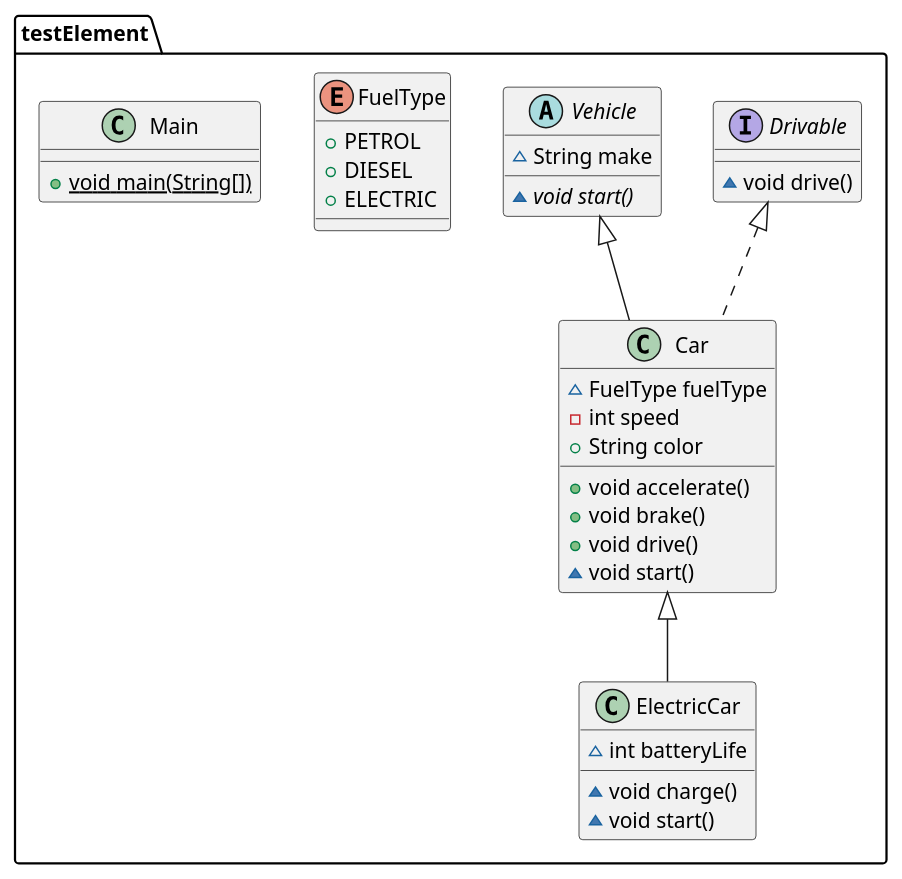
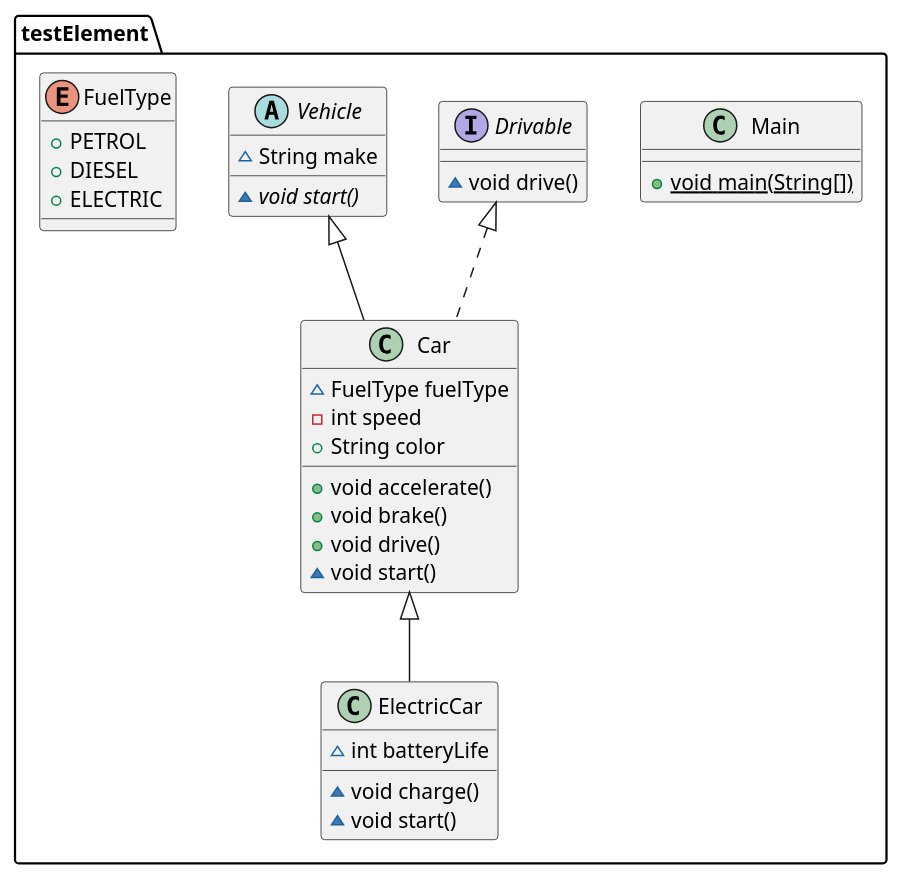
The diagram in testElementUML.puml (yuliauvarova/Architecture_course), drawn with PlantUML before and after one commit. The commit also changed 18 other files, not shown here.

```diff
--- a/testElementUML.puml
+++ b/testElementUML.puml
@@ -1,36 +1,51 @@
 @startuml
-class testElement.Car {
-~ FuelType fuelType
-- int speed
-+ String color
-+ void accelerate()
-+ void brake()
-+ void drive()
-~ void start()
-}
-interface testElement.Drivable {
-~ void drive()
-}
-abstract class testElement.Vehicle {
-~ String make
-~ {abstract}void start()
-}
-enum testElement.FuelType {
-+  PETROL
-+  DIESEL
-+  ELECTRIC
-}
-class testElement.ElectricCar {
-~ int batteryLife
-~ void charge()
-~ void start()
-}
+' Основной класс с методом main
 class testElement.Main {
-+ {static} void main(String[])
+    + {static} void main(String[])
 }
 
+' Интерфейс Drivable с методом drive
+interface testElement.Drivable {
+    ~ void drive()
+}
 
+' Абстрактный класс Vehicle с атрибутом make и абстрактным методом start
+abstract class testElement.Vehicle {
+    ~ String make
+    ~ {abstract} void start()
+}
+
+' Перечисление FuelType с различными видами топлива
+enum testElement.FuelType {
+    +  PETROL
+    +  DIESEL
+    +  ELECTRIC
+}
+
+' Класс ElectricCar с атрибутами и методами, относящимися к электрокарам
+class testElement.ElectricCar {
+    ~ int batteryLife
+    ~ void charge()
+    ~ void start()
+}
+
+' Класс Car с различными атрибутами и методами
+class testElement.Car {
+    ~ FuelType fuelType
+    - int speed
+    + String color
+    + void accelerate()
+    + void brake()
+    + void drive()
+    ~ void start()
+}
+
+' ElectricCar наследует от Car
+testElement.Car <|-- testElement.ElectricCar
+
+' Car реализует интерфейс Drivable
 testElement.Drivable <|.. testElement.Car
+
+' Car наследует от абстрактного класса Vehicle
 testElement.Vehicle <|-- testElement.Car
-testElement.Car <|-- testElement.ElectricCar
 @enduml
```
